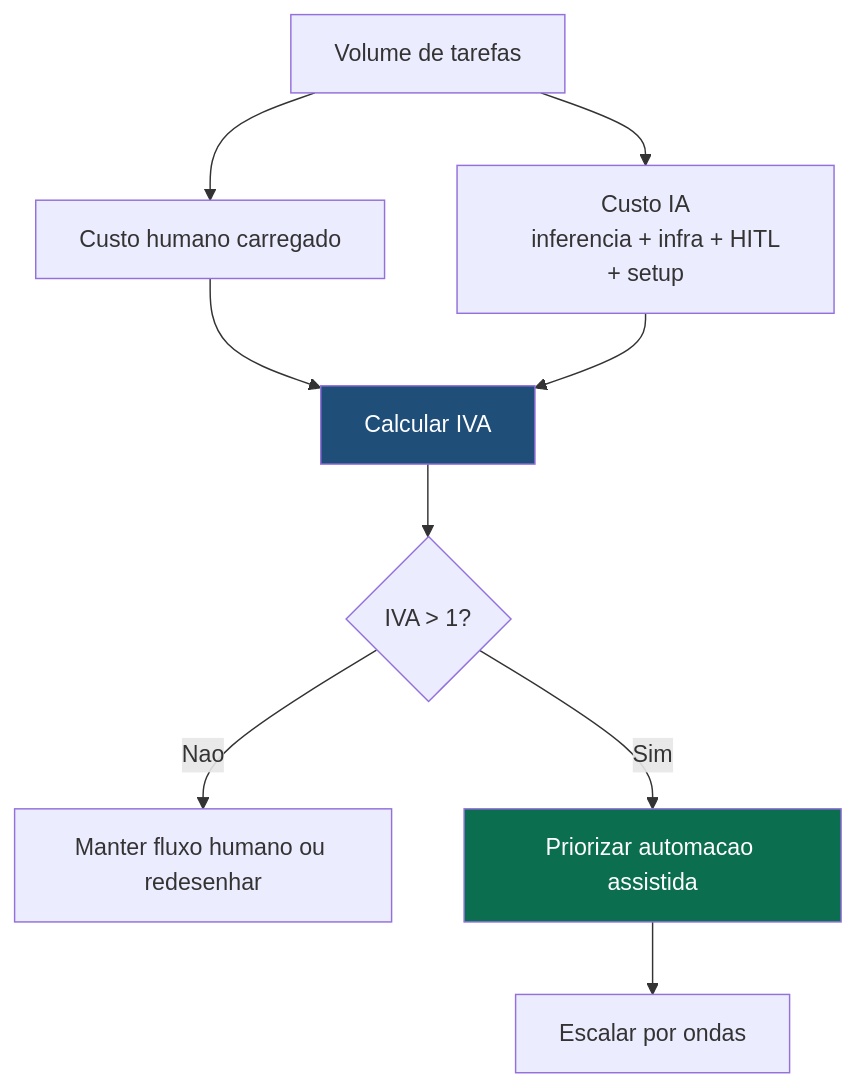
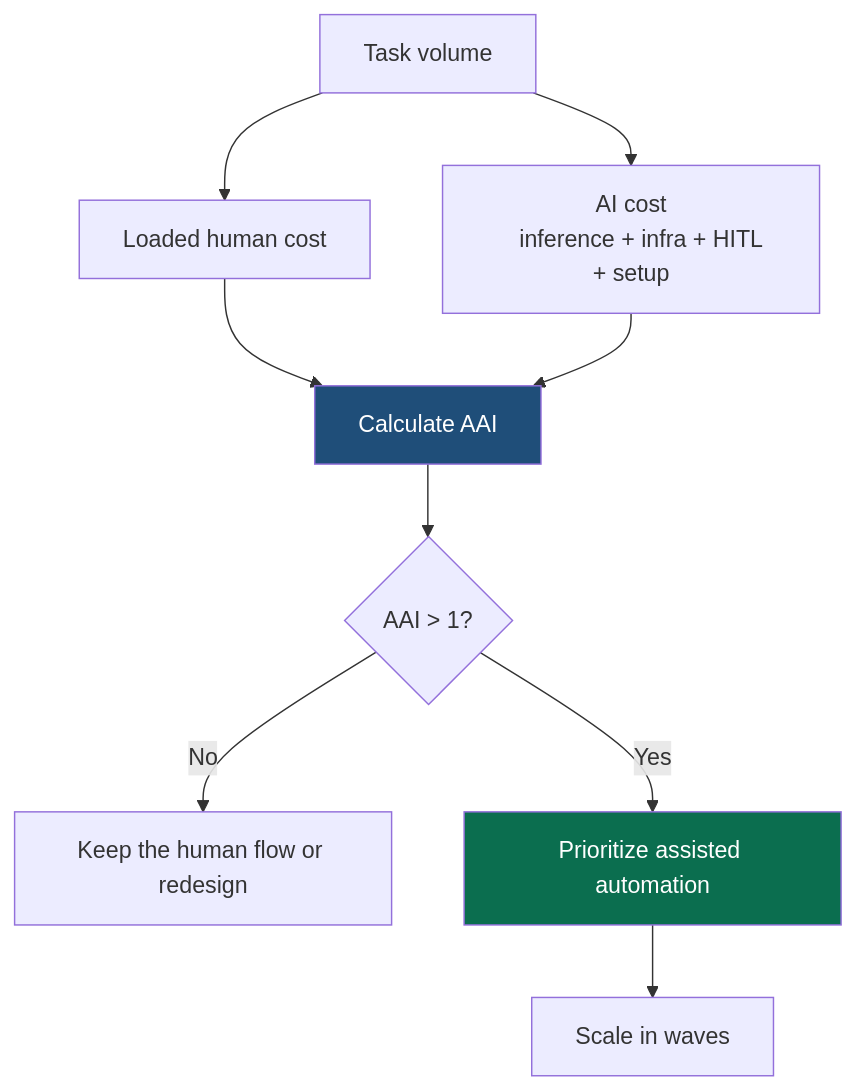
The seventh of 9 diagrams in doc/resultado.md (fabioharams/hubsp-ai-skill), drawn with Mermaid before and after one commit. The commit also changed other lines of this file and 21 other files, not shown here.

````diff
--- a/doc/resultado.md
+++ b/doc/resultado.md
@@ -225,15 +224,15 @@
 ```mermaid
 flowchart TD
-    A[Volume de tarefas] --> B[Custo humano carregado]
-    A --> C[Custo IA
-    inferencia + infra + HITL + setup]
-    B --> D[Calcular IVA]
+    A[Task volume] --> B[Loaded human cost]
+    A --> C[AI cost
+    inference + infra + HITL + setup]
+    B --> D[Calculate AAI]
     C --> D
-    D --> E{IVA > 1?}
-    E -- Nao --> F[Manter fluxo humano ou redesenhar]
-    E -- Sim --> G[Priorizar automacao assistida]
-    G --> H[Escalar por ondas]
+    D --> E{AAI > 1?}
+    E -- No --> F[Keep the human flow or redesign]
+    E -- Yes --> G[Prioritize assisted automation]
+    G --> H[Scale in waves]
 
     style D fill:#1F4E79,color:#fff
     style G fill:#0B6E4F,color:#fff
 ```
````
